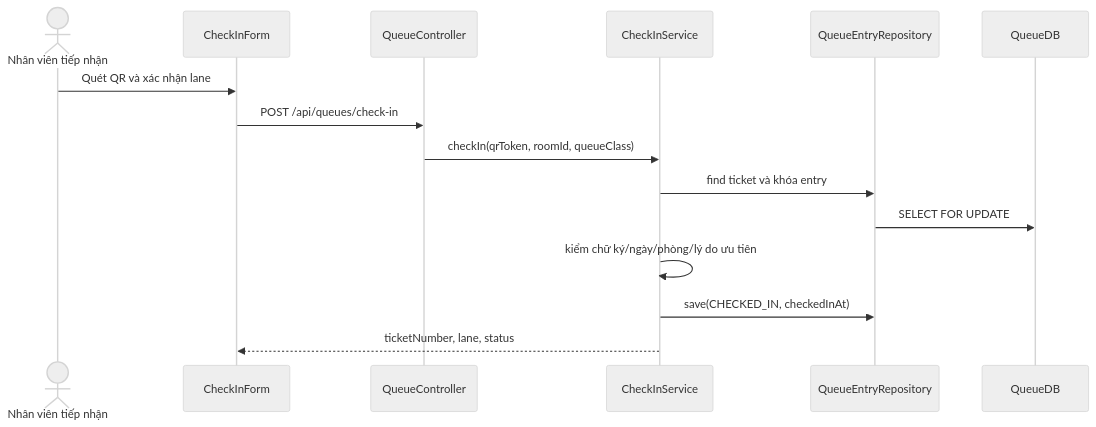
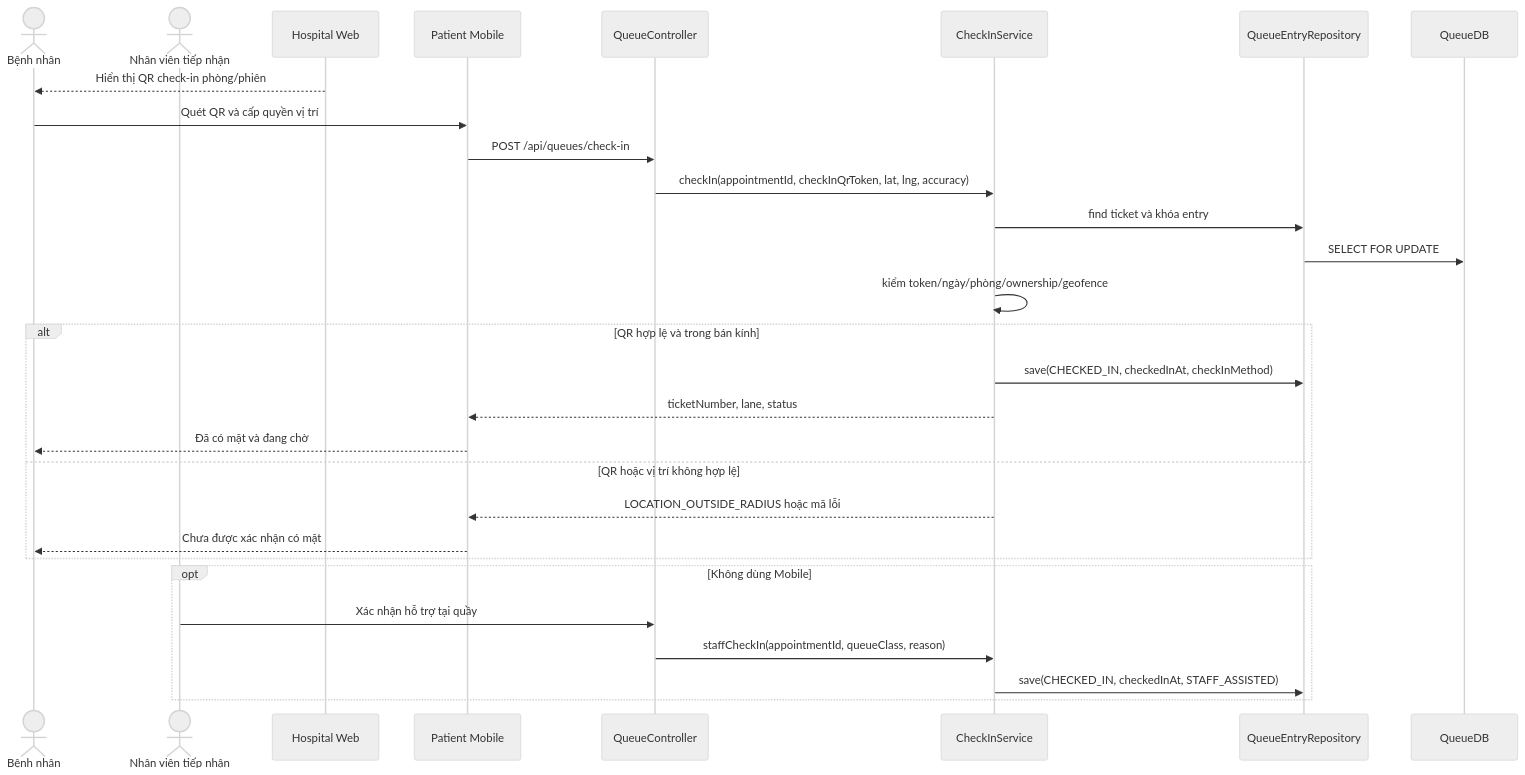
The third of 10 diagrams in docs/report/chapter-04-design.md (ntkhai268/careflow), drawn with Mermaid (neutral theme) before and after one commit. The commit also changed other lines of this file and 38 other files, not shown here.

Commit message:
docs: update report and QR check-in flow

````diff
--- a/docs/report/chapter-04-design.md
+++ b/docs/report/chapter-04-design.md
@@ -140,17 +140,31 @@
 ```mermaid
 sequenceDiagram
+    actor BN as Bệnh nhân
     actor NV as Nhân viên tiếp nhận
-    participant F as CheckInForm
+    participant W as Hospital Web
+    participant F as Patient Mobile
     participant C as QueueController
     participant S as CheckInService
     participant Q as QueueEntryRepository
     participant DB as QueueDB
-    NV->>F: Quét QR và xác nhận lane
+    W-->>BN: Hiển thị QR check-in phòng/phiên
+    BN->>F: Quét QR và cấp quyền vị trí
     F->>C: POST /api/queues/check-in
-    C->>S: checkIn(qrToken, roomId, queueClass)
+    C->>S: checkIn(appointmentId, checkInQrToken, lat, lng, accuracy)
     S->>Q: find ticket và khóa entry
     Q->>DB: SELECT FOR UPDATE
-    S->>S: kiểm chữ ký/ngày/phòng/lý do ưu tiên
-    S->>Q: save(CHECKED_IN, checkedInAt)
-    S-->>F: ticketNumber, lane, status
+    S->>S: kiểm token/ngày/phòng/ownership/geofence
+    alt QR hợp lệ và trong bán kính
+        S->>Q: save(CHECKED_IN, checkedInAt, checkInMethod)
+        S-->>F: ticketNumber, lane, status
+        F-->>BN: Đã có mặt và đang chờ
+    else QR hoặc vị trí không hợp lệ
+        S-->>F: LOCATION_OUTSIDE_RADIUS hoặc mã lỗi
+        F-->>BN: Chưa được xác nhận có mặt
+    end
+    opt Không dùng Mobile
+        NV->>C: Xác nhận hỗ trợ tại quầy
+        C->>S: staffCheckIn(appointmentId, queueClass, reason)
+        S->>Q: save(CHECKED_IN, checkedInAt, STAFF_ASSISTED)
+    end
 ```
````
